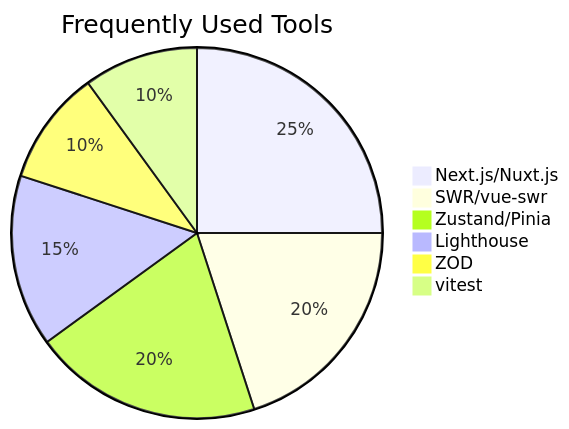
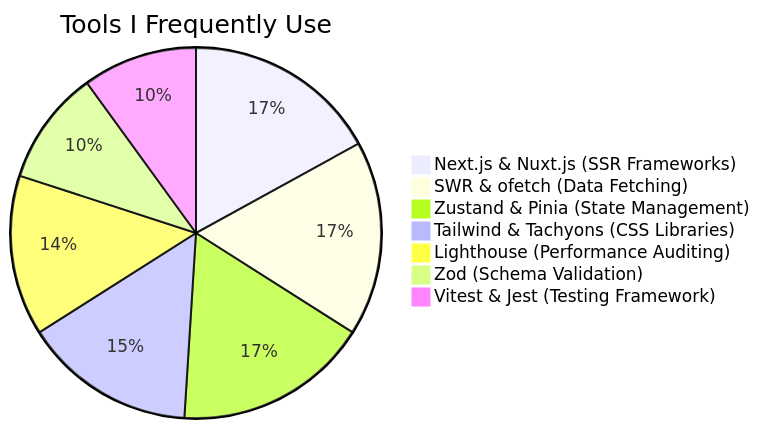
The first of 2 diagrams in README.md (saqibroy/saqibroy), drawn with Mermaid before and after one commit. The commit also changed other lines of this file, not shown here.

````diff
--- a/README.md
+++ b/README.md
@@ -67,10 +79,11 @@
 ```mermaid
 pie
-    title Frequently Used Tools
-    "Next.js/Nuxt.js" : 25
-    "SWR/vue-swr": 20
-    "Zustand/Pinia" : 20
-    "Lighthouse" : 15
-    "ZOD" : 10
-    "vitest" : 10
+    title Tools I Frequently Use
+    "Next.js & Nuxt.js (SSR Frameworks)" : 17
+    "SWR & ofetch (Data Fetching)": 17
+    "Zustand & Pinia (State Management)" : 17
+    "Tailwind & Tachyons (CSS Libraries)" : 15
+    "Lighthouse (Performance Auditing)" : 14
+    "Zod (Schema Validation)" : 10
+    "Vitest & Jest (Testing Framework)" : 10
 ```
````
